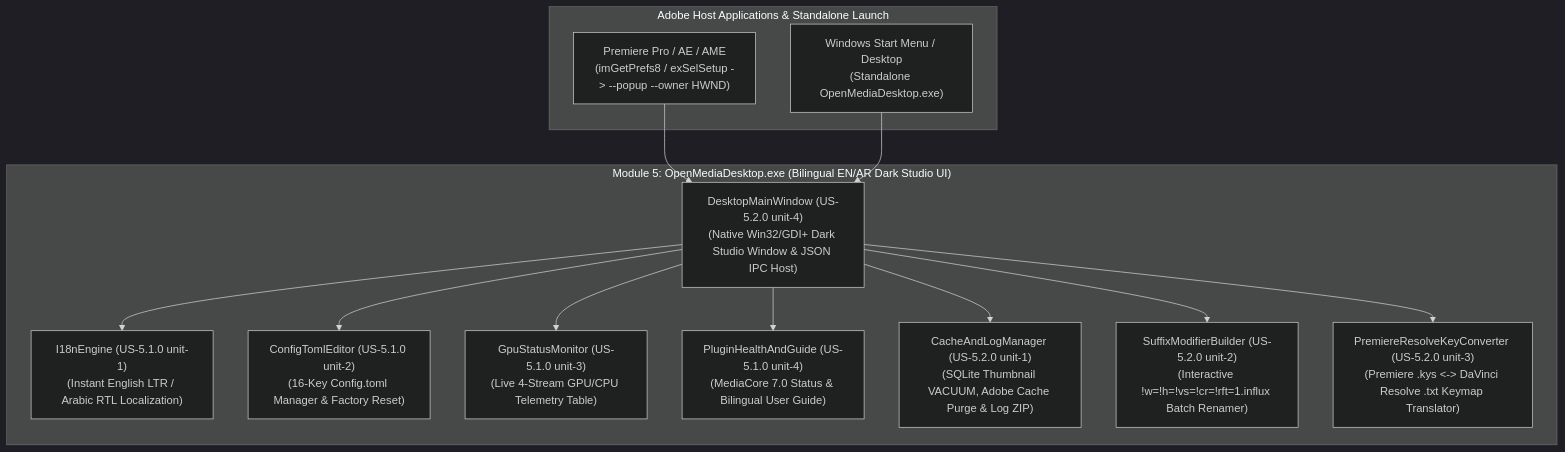
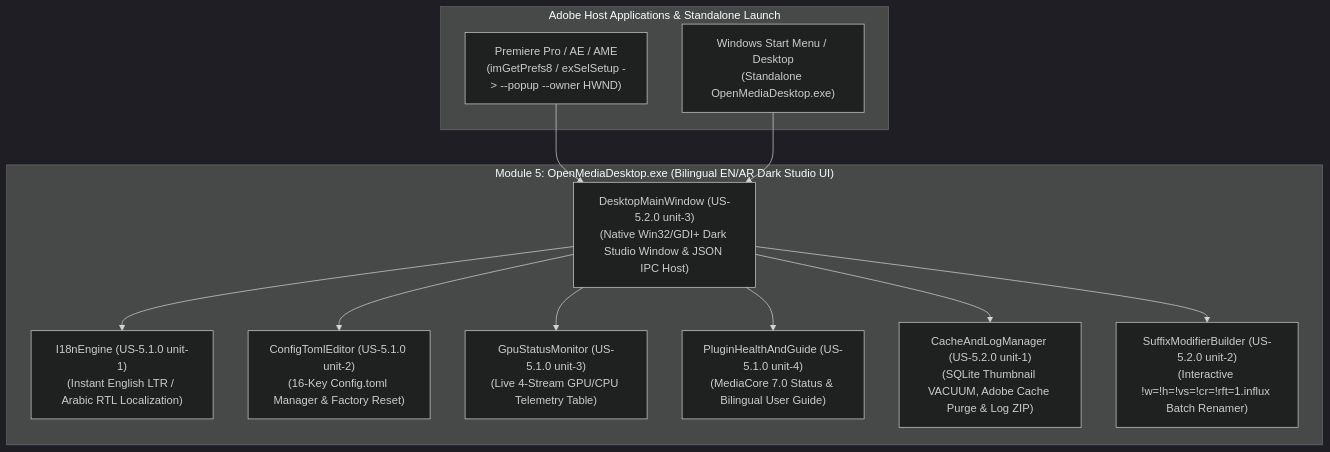
Before and after one commit to abdelrazekwork72-beep/AV1: the diagram in docs/user-stories/module-5-desktop-control-center/README.md, drawn with Mermaid (dark theme). The commit also changed other lines of this file and 2 other files, not shown here.

Commit message:
docs(v3.0.0): remove Premiere-to-DaVinci shortcut converter from Roadmap and Module 5 specs

````diff
--- a/docs/user-stories/module-5-desktop-control-center/README.md
+++ b/docs/user-stories/module-5-desktop-control-center/README.md
@@ -21,28 +21,26 @@
 ```mermaid
 flowchart TD
     subgraph HostApps ["Adobe Host Applications & Standalone Launch"]
         PrPro["Premiere Pro / AE / AME<br/>(imGetPrefs8 / exSelSetup -> --popup --owner HWND)"]
         WinStart["Windows Start Menu / Desktop<br/>(Standalone OpenMediaDesktop.exe)"]
     end
 
     subgraph DesktopApp ["Module 5: OpenMediaDesktop.exe (Bilingual EN/AR Dark Studio UI)"]
         I18n["I18nEngine (US-5.1.0 unit-1)<br/>(Instant English LTR / Arabic RTL Localization)"]
         TomlUI["ConfigTomlEditor (US-5.1.0 unit-2)<br/>(16-Key Config.toml Manager & Factory Reset)"]
         GpuUI["GpuStatusMonitor (US-5.1.0 unit-3)<br/>(Live 4-Stream GPU/CPU Telemetry Table)"]
         GuideUI["PluginHealthAndGuide (US-5.1.0 unit-4)<br/>(MediaCore 7.0 Status & Bilingual User Guide)"]
         CacheCleaner["CacheAndLogManager (US-5.2.0 unit-1)<br/>(SQLite Thumbnail VACUUM, Adobe Cache Purge & Log ZIP)"]
         SuffixGen["SuffixModifierBuilder (US-5.2.0 unit-2)<br/>(Interactive !w=!h=!vs=!cr=!rft=1.influx Batch Renamer)"]
-        ShortcutConv["PremiereResolveKeyConverter (US-5.2.0 unit-3)<br/>(Premiere .kys <-> DaVinci Resolve .txt Keymap Translator)"]
-        WinShell["DesktopMainWindow (US-5.2.0 unit-4)<br/>(Native Win32/GDI+ Dark Studio Window & JSON IPC Host)"]
+        WinShell["DesktopMainWindow (US-5.2.0 unit-3)<br/>(Native Win32/GDI+ Dark Studio Window & JSON IPC Host)"]
     end
 
     PrPro --> WinShell
     WinStart --> WinShell
     WinShell --> I18n
     WinShell --> TomlUI
     WinShell --> GpuUI
     WinShell --> GuideUI
     WinShell --> CacheCleaner
     WinShell --> SuffixGen
-    WinShell --> ShortcutConv
 ```
````
